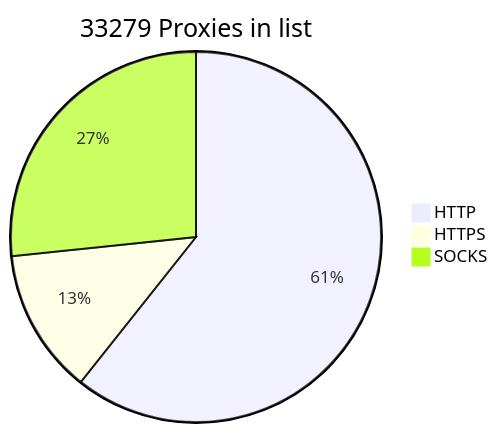
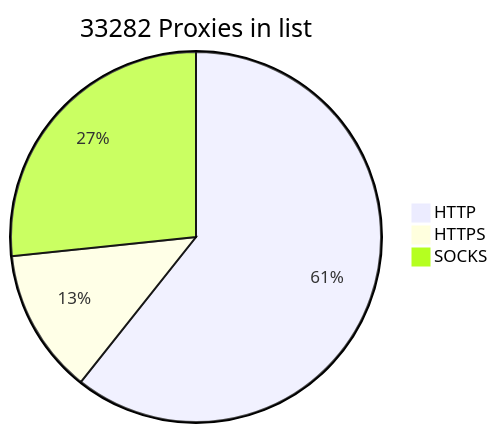
One commit to BlackSnowDot/proxylist-update-every-minute changed the diagram in README.md. Above: the diagram before and after it, drawn with Mermaid.

````diff
--- a/README.md
+++ b/README.md
@@ -2,6 +2,6 @@
 ```mermaid
-pie title 33279 Proxies in list
-    "HTTP" : 22345
-    "HTTPS": 4662
-    "SOCKS" : 9816
+pie title 33282 Proxies in list
+    "HTTP" : 22346
+    "HTTPS": 4663
+    "SOCKS" : 9817
 ```
````
